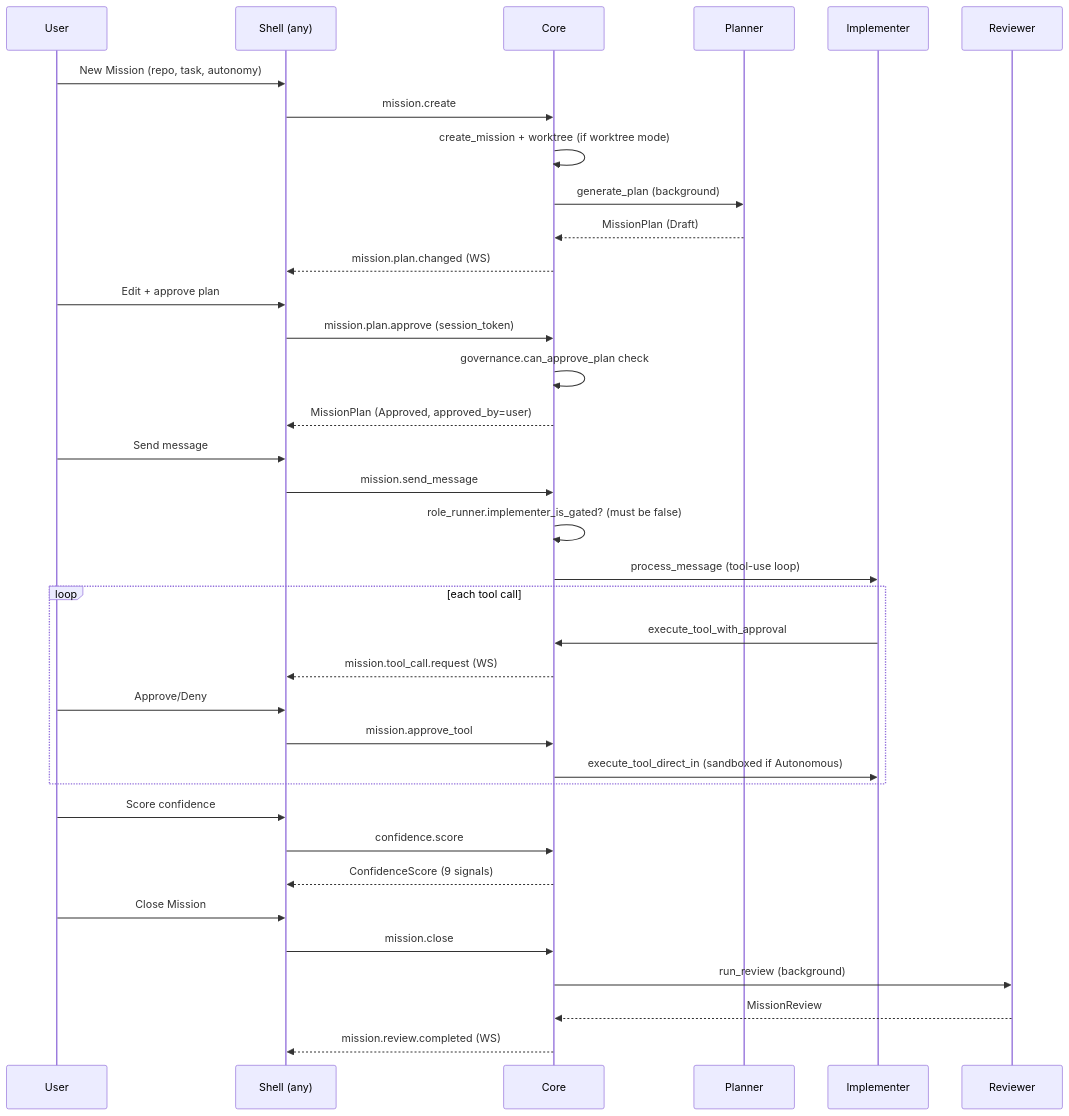
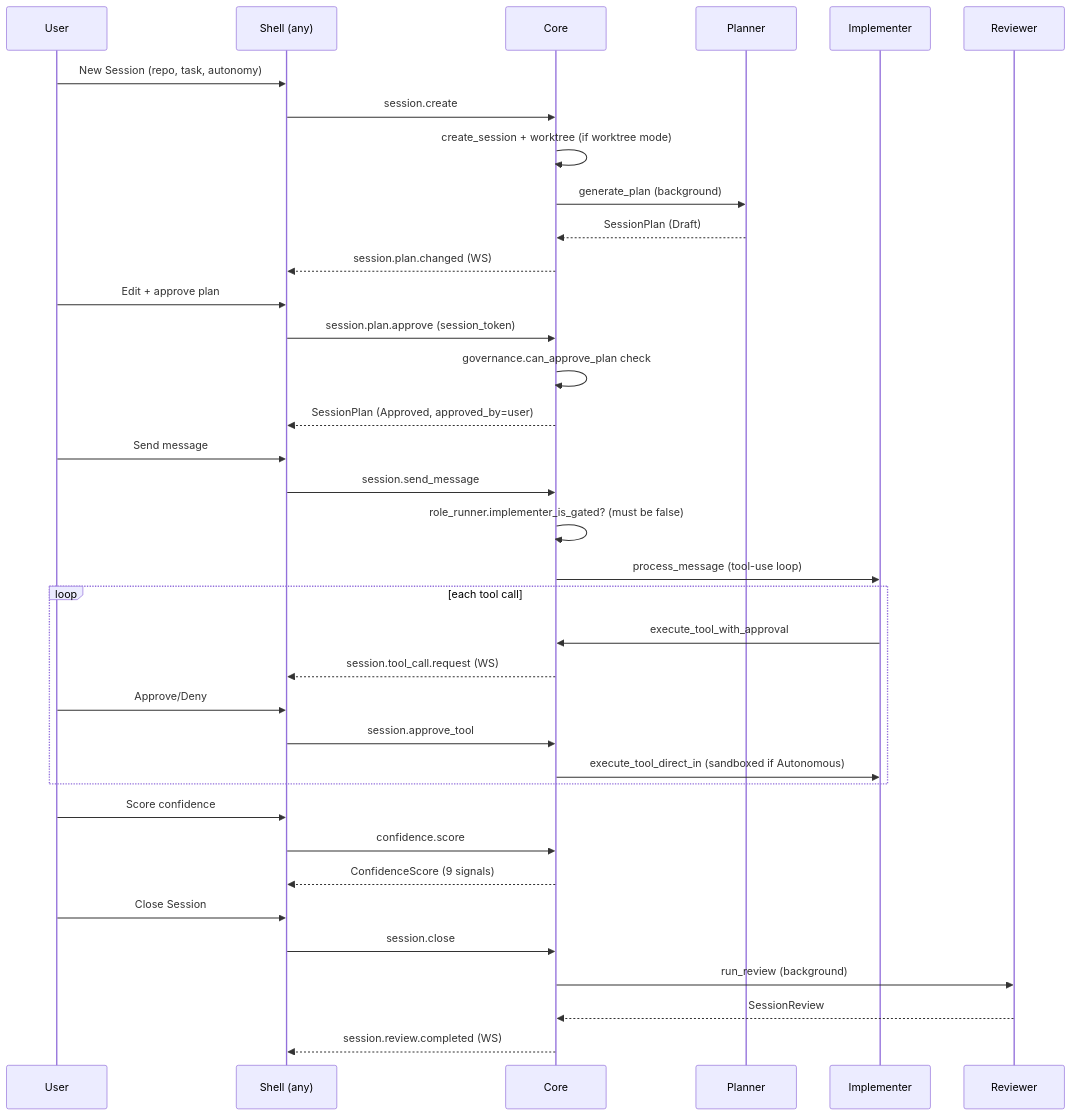
Before and after one commit to OPEN-CID/cid: the first of 2 diagrams in docs/043-Sequence-Diagrams.md, drawn with Mermaid. The commit also changed other lines of this file and 167 other files, not shown here.

````diff
--- a/docs/043-Sequence-Diagrams.md
+++ b/docs/043-Sequence-Diagrams.md
@@ -12,39 +12,39 @@
 ```mermaid
 sequenceDiagram
     participant U as User
     participant UI as Shell (any)
     participant Core
     participant Planner
     participant Implementer
     participant Reviewer
 
-    U->>UI: New Mission (repo, task, autonomy)
-    UI->>Core: mission.create
-    Core->>Core: create_mission + worktree (if worktree mode)
+    U->>UI: New Session (repo, task, autonomy)
+    UI->>Core: session.create
+    Core->>Core: create_session + worktree (if worktree mode)
     Core->>Planner: generate_plan (background)
-    Planner-->>Core: MissionPlan (Draft)
-    Core-->>UI: mission.plan.changed (WS)
+    Planner-->>Core: SessionPlan (Draft)
+    Core-->>UI: session.plan.changed (WS)
     U->>UI: Edit + approve plan
-    UI->>Core: mission.plan.approve (session_token)
+    UI->>Core: session.plan.approve (session_token)
     Core->>Core: governance.can_approve_plan check
-    Core-->>UI: MissionPlan (Approved, approved_by=user)
+    Core-->>UI: SessionPlan (Approved, approved_by=user)
     U->>UI: Send message
-    UI->>Core: mission.send_message
+    UI->>Core: session.send_message
     Core->>Core: role_runner.implementer_is_gated? (must be false)
     Core->>Implementer: process_message (tool-use loop)
     loop each tool call
         Implementer->>Core: execute_tool_with_approval
-        Core-->>UI: mission.tool_call.request (WS)
+        Core-->>UI: session.tool_call.request (WS)
         U->>UI: Approve/Deny
-        UI->>Core: mission.approve_tool
+        UI->>Core: session.approve_tool
         Core->>Implementer: execute_tool_direct_in (sandboxed if Autonomous)
     end
     U->>UI: Score confidence
     UI->>Core: confidence.score
     Core-->>UI: ConfidenceScore (9 signals)
-    U->>UI: Close Mission
-    UI->>Core: mission.close
+    U->>UI: Close Session
+    UI->>Core: session.close
     Core->>Reviewer: run_review (background)
-    Reviewer-->>Core: MissionReview
-    Core-->>UI: mission.review.completed (WS)
+    Reviewer-->>Core: SessionReview
+    Core-->>UI: session.review.completed (WS)
 ```
````
